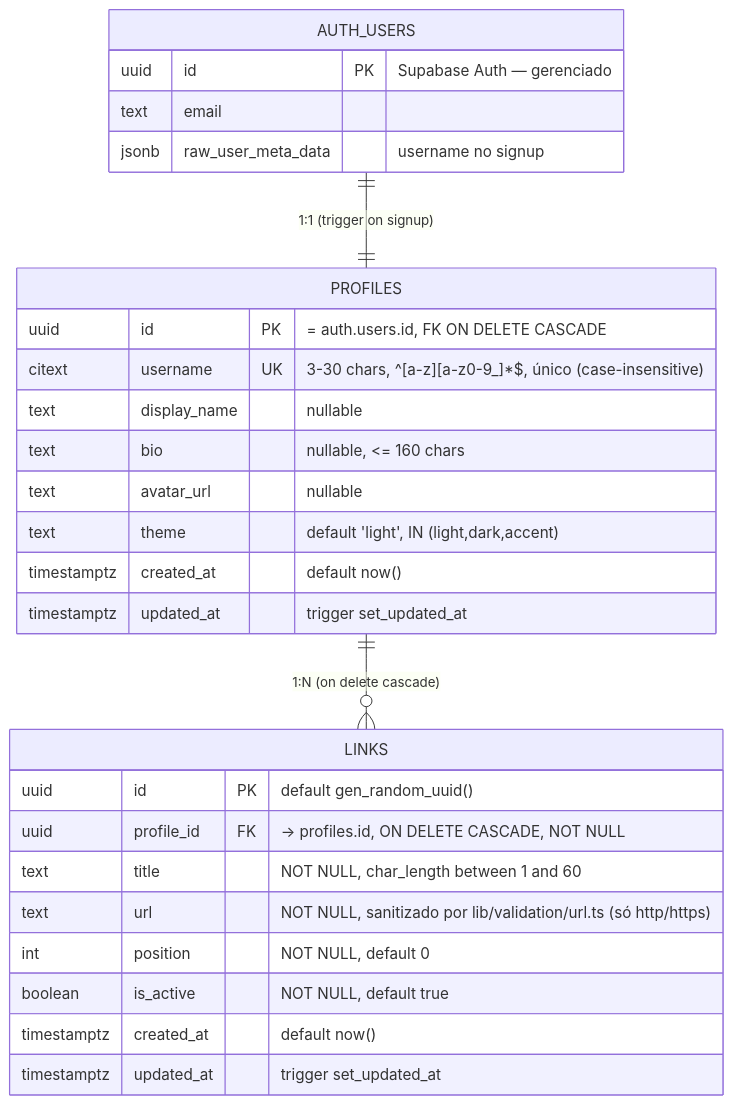
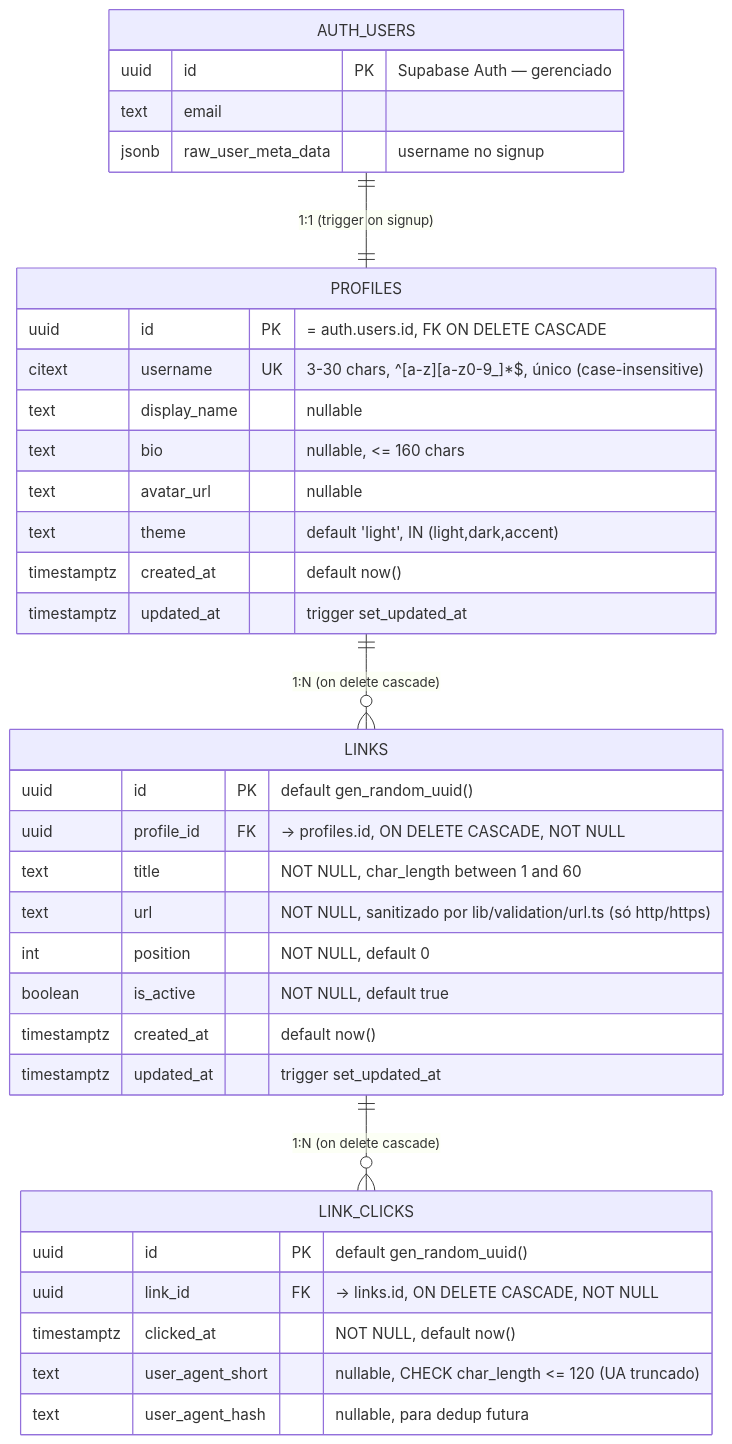
Before and after one commit to alessandrovarela/youtube-biolink: the diagram in docs/architecture/ER.md, drawn with Mermaid. The commit also changed other lines of this file and 4 other files, not shown here.

First line of the commit message:
feat: schema link_clicks para analytics [Story 5.1]

````diff
--- a/docs/architecture/ER.md
+++ b/docs/architecture/ER.md
@@ -14,33 +14,42 @@
 ```mermaid
 erDiagram
-    AUTH_USERS ||--|| PROFILES : "1:1 (trigger on signup)"
-    PROFILES  ||--o{ LINKS    : "1:N (on delete cascade)"
+    AUTH_USERS ||--|| PROFILES     : "1:1 (trigger on signup)"
+    PROFILES  ||--o{ LINKS         : "1:N (on delete cascade)"
+    LINKS     ||--o{ LINK_CLICKS   : "1:N (on delete cascade)"
 
     AUTH_USERS {
         uuid id PK "Supabase Auth — gerenciado"
         text email
         jsonb raw_user_meta_data "username no signup"
     }
 
     PROFILES {
         uuid        id PK "= auth.users.id, FK ON DELETE CASCADE"
         citext      username UK "3-30 chars, ^[a-z][a-z0-9_]*$, único (case-insensitive)"
         text        display_name "nullable"
         text        bio "nullable, <= 160 chars"
         text        avatar_url "nullable"
         text        theme "default 'light', IN (light,dark,accent)"
         timestamptz created_at "default now()"
         timestamptz updated_at "trigger set_updated_at"
     }
 
     LINKS {
         uuid        id PK "default gen_random_uuid()"
         uuid        profile_id FK "-> profiles.id, ON DELETE CASCADE, NOT NULL"
         text        title "NOT NULL, char_length between 1 and 60"
         text        url "NOT NULL, sanitizado por lib/validation/url.ts (só http/https)"
         int         position "NOT NULL, default 0"
         boolean     is_active "NOT NULL, default true"
         timestamptz created_at "default now()"
         timestamptz updated_at "trigger set_updated_at"
     }
+
+    LINK_CLICKS {
+        uuid        id PK "default gen_random_uuid()"
+        uuid        link_id FK "-> links.id, ON DELETE CASCADE, NOT NULL"
+        timestamptz clicked_at "NOT NULL, default now()"
+        text        user_agent_short "nullable, CHECK char_length <= 120 (UA truncado)"
+        text        user_agent_hash "nullable, para dedup futura"
+    }
 ```
````
